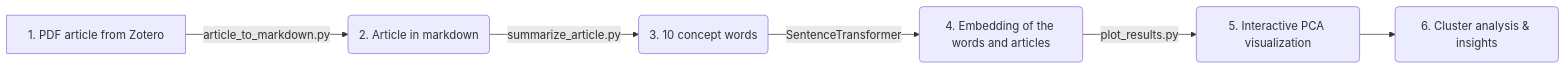
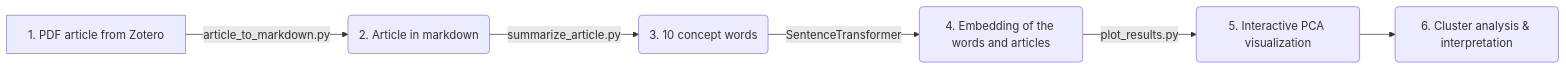
One commit to NINAnor/ai-social-science changed the diagram in README.md. Above: the diagram before and after it, drawn with Mermaid. The commit also changed other lines of this file and 13 other files, not shown here.

````diff
--- a/README.md
+++ b/README.md
@@ -7,9 +7,9 @@
 ```mermaid
 
 flowchart LR
     A[1. PDF article from Zotero] -->|article_to_markdown.py| B(2. Article in markdown)
     B --> |summarize_article.py| C(3. 10 concept words)
     C --> |SentenceTransformer| D(4. Embedding of the words and articles)
     D --> |plot_results.py| E(5. Interactive PCA visualization)
-    E --> F(6. Cluster analysis & insights)
+    E --> F(6. Cluster analysis & interpretation)
 ```
````
